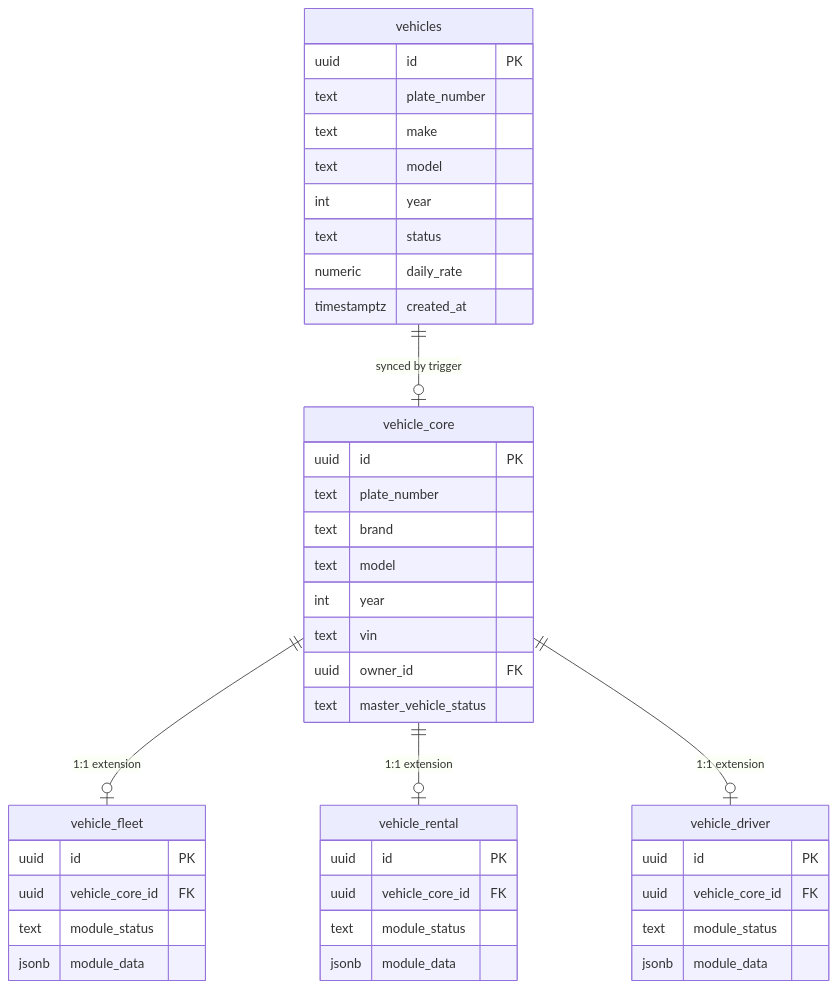
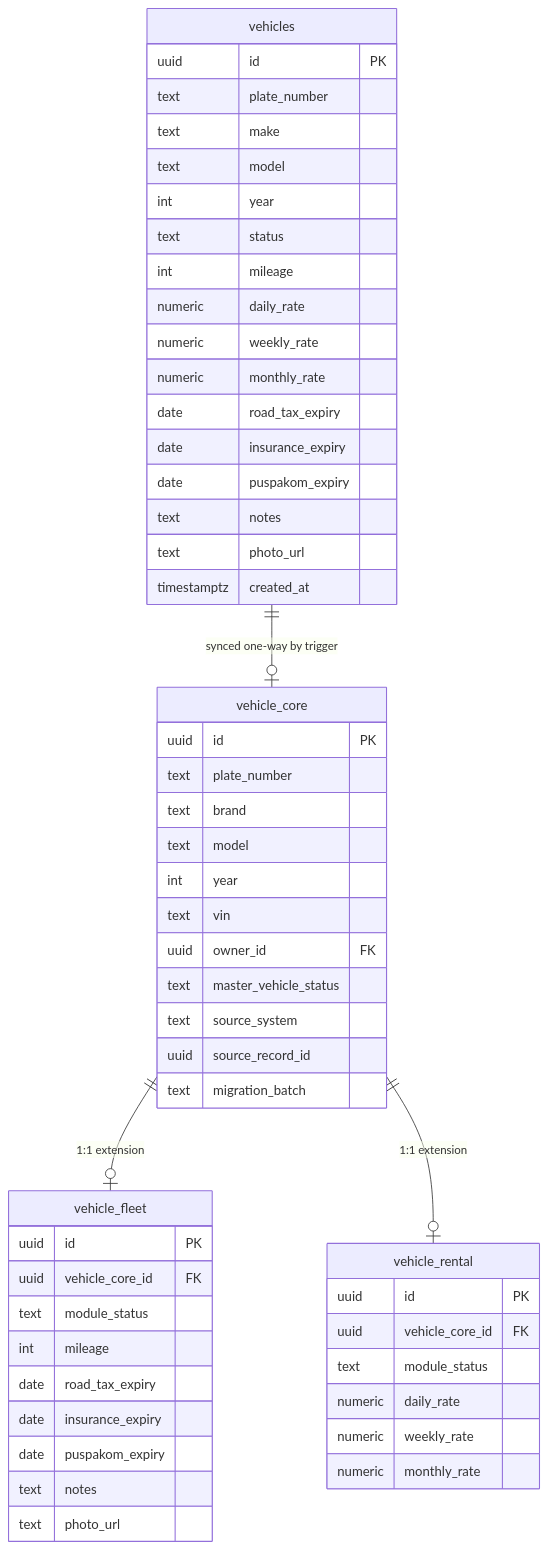
The diagram in vehicle-core-impact-report.md (drivehubx/dhx-team-mojo), drawn with Mermaid before and after one commit. The commit also changed other lines of this file and 3 other files, not shown here.

First line of the commit message:
Revise Vehicle Master Phase 1: drop vehicle_driver, real typed columns

````diff
--- a/vehicle-core-impact-report.md
+++ b/vehicle-core-impact-report.md
@@ -19,50 +34,60 @@
 ```mermaid
 erDiagram
-    vehicles ||--o| vehicle_core : "synced by trigger"
+    vehicles ||--o| vehicle_core : "synced one-way by trigger"
     vehicle_core ||--o| vehicle_fleet : "1:1 extension"
     vehicle_core ||--o| vehicle_rental : "1:1 extension"
-    vehicle_core ||--o| vehicle_driver : "1:1 extension"
 
     vehicles {
         uuid id PK
         text plate_number
         text make
         text model
         int year
         text status
+        int mileage
         numeric daily_rate
+        numeric weekly_rate
+        numeric monthly_rate
+        date road_tax_expiry
+        date insurance_expiry
+        date puspakom_expiry
+        text notes
+        text photo_url
         timestamptz created_at
     }
 
     vehicle_core {
         uuid id PK
         text plate_number
         text brand
         text model
         int year
         text vin
         uuid owner_id FK
         text master_vehicle_status
+        text source_system
+        uuid source_record_id
+        text migration_batch
     }
 
     vehicle_fleet {
         uuid id PK
         uuid vehicle_core_id FK
         text module_status
-        jsonb module_data
+        int mileage
+        date road_tax_expiry
+        date insurance_expiry
+        date puspakom_expiry
+        text notes
+        text photo_url
     }
 
     vehicle_rental {
         uuid id PK
         uuid vehicle_core_id FK
         text module_status
-        jsonb module_data
-    }
-
-    vehicle_driver {
-        uuid id PK
-        uuid vehicle_core_id FK
-        text module_status
-        jsonb module_data
+        numeric daily_rate
+        numeric weekly_rate
+        numeric monthly_rate
     }
 ```
````
